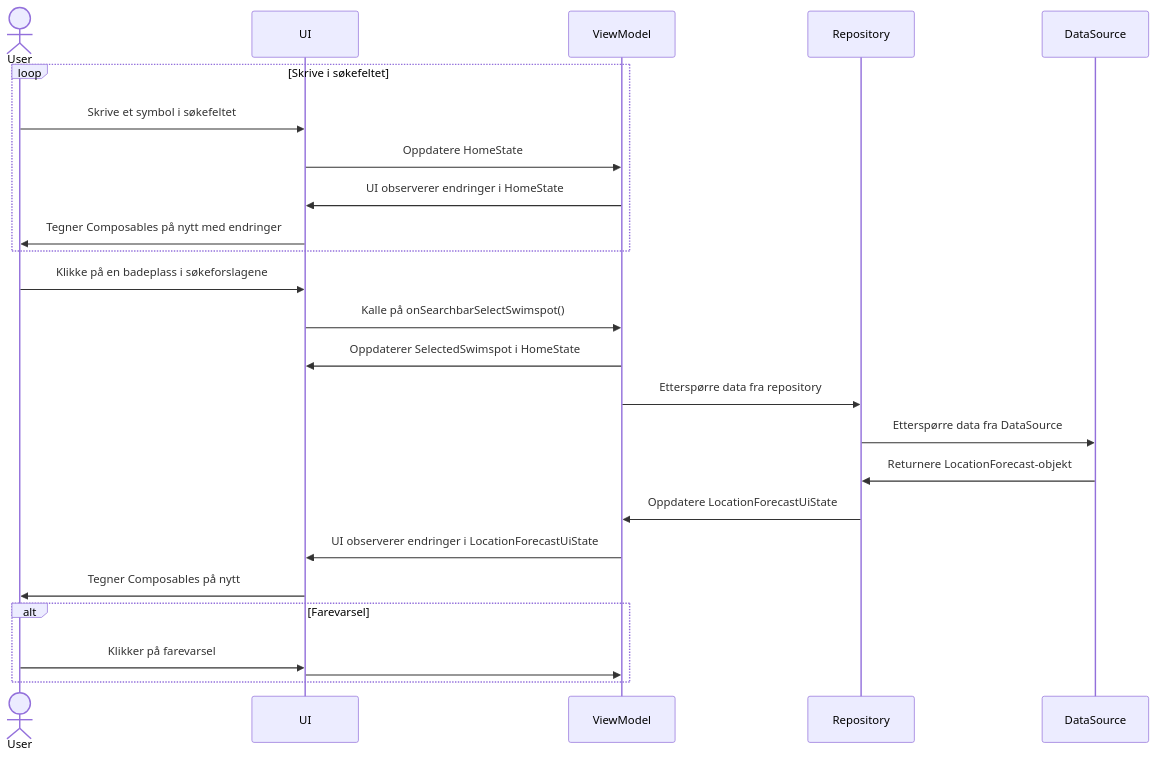
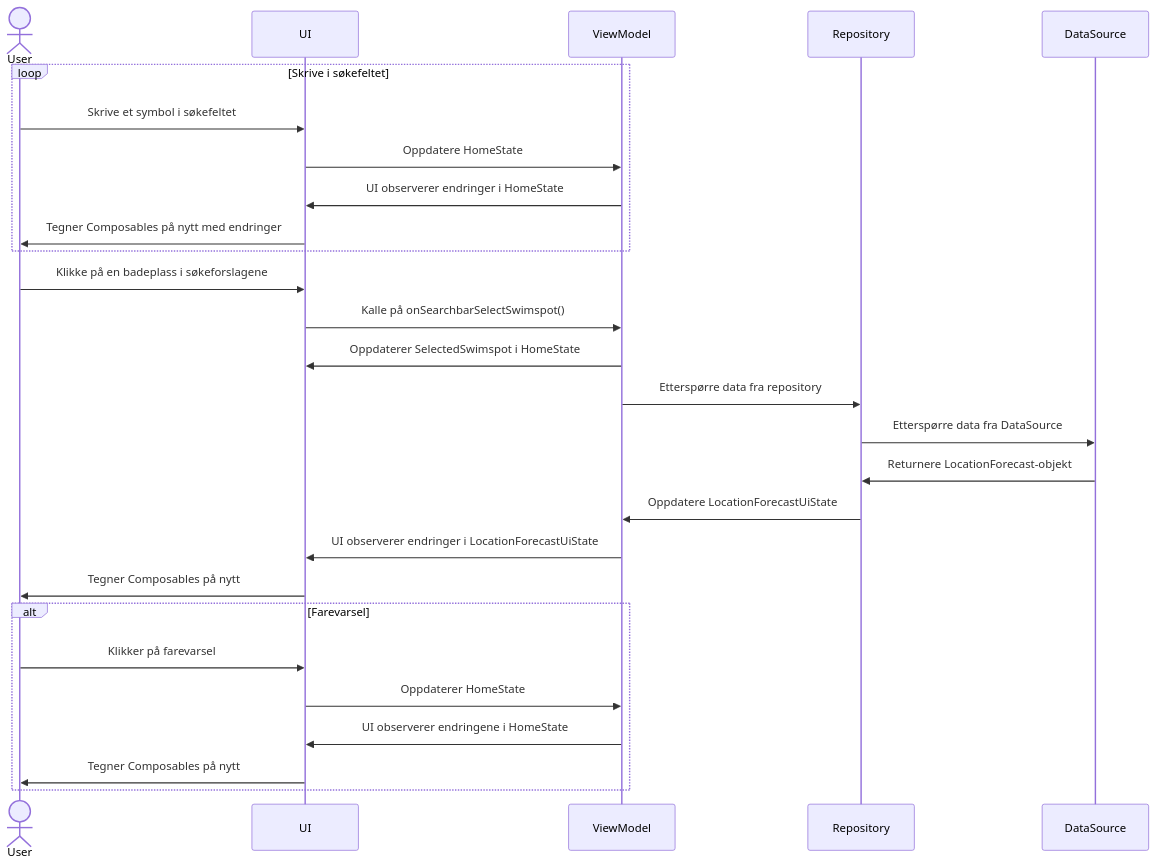
One commit to priyanshuaroraa1/Android-studio-sysdev changed the second of 3 diagrams in MODELING.md. Above: the diagram before and after it, drawn with Mermaid.

````diff
--- a/MODELING.md
+++ b/MODELING.md
@@ -76,28 +76,32 @@
 ```mermaid
 sequenceDiagram
     actor User
     participant UI
     participant ViewModel
     participant Repository
     participant DataSource 
 
+    
     loop Skrive i søkefeltet
     User->> UI: Skrive et symbol i søkefeltet
     UI  ->> ViewModel: Oppdatere HomeState
     ViewModel->>UI: UI observerer endringer i HomeState
     UI->>User: Tegner Composables på nytt med endringer
     end
     User->>UI: Klikke på en badeplass i søkeforslagene
     UI->>ViewModel: Kalle på onSearchbarSelectSwimspot()
     ViewModel->>UI: Oppdaterer SelectedSwimspot i HomeState
     ViewModel->>Repository: Etterspørre data fra repository
     Repository->>DataSource: Etterspørre data fra DataSource
     DataSource->>Repository: Returnere LocationForecast-objekt
     Repository->>ViewModel: Oppdatere LocationForecastUiState
     ViewModel->>UI: UI observerer endringer i LocationForecastUiState
     UI->>User: Tegner Composables på nytt
     alt Farevarsel
     User->>UI: Klikker på farevarsel
-    UI->>ViewModel: 
+    UI->>ViewModel: Oppdaterer HomeState
+    ViewModel->>UI: UI observerer endringene i HomeState
+    UI->>User: Tegner Composables på nytt
     end
+
 ```
````
